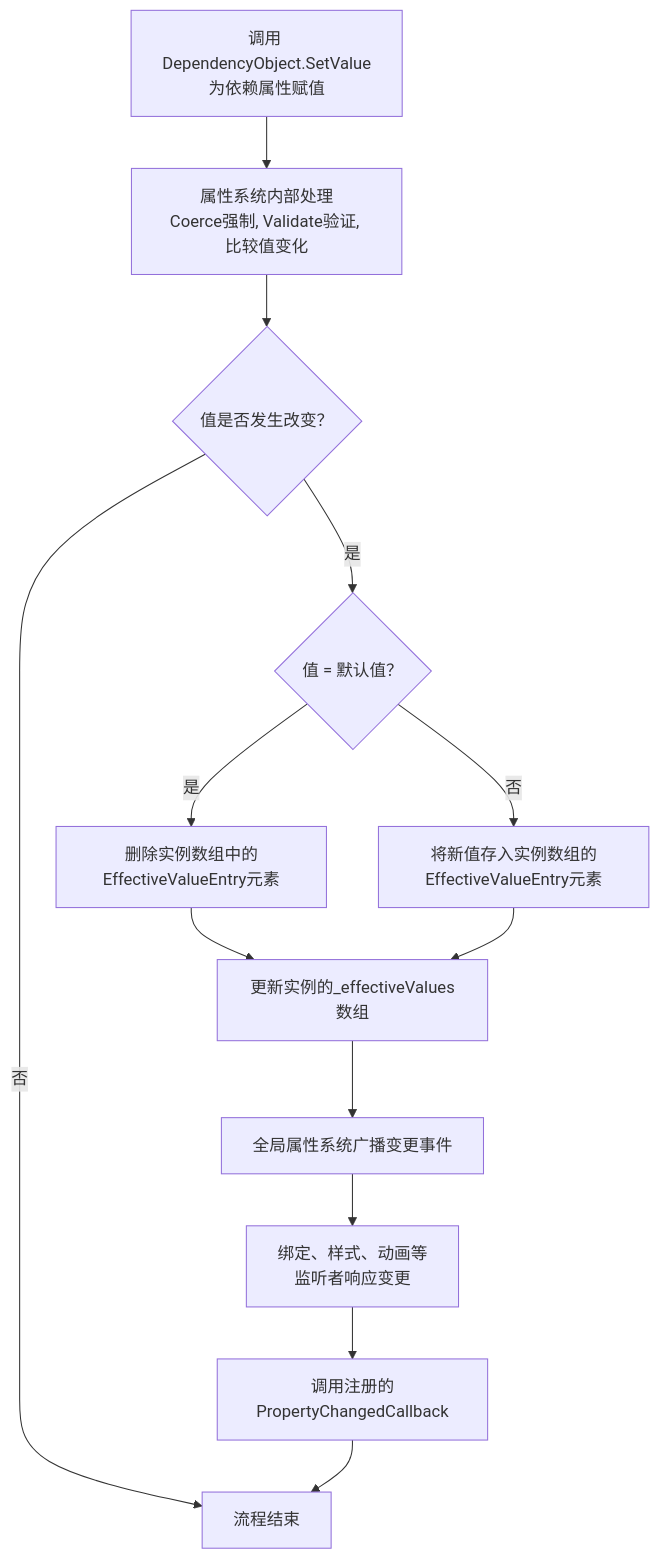
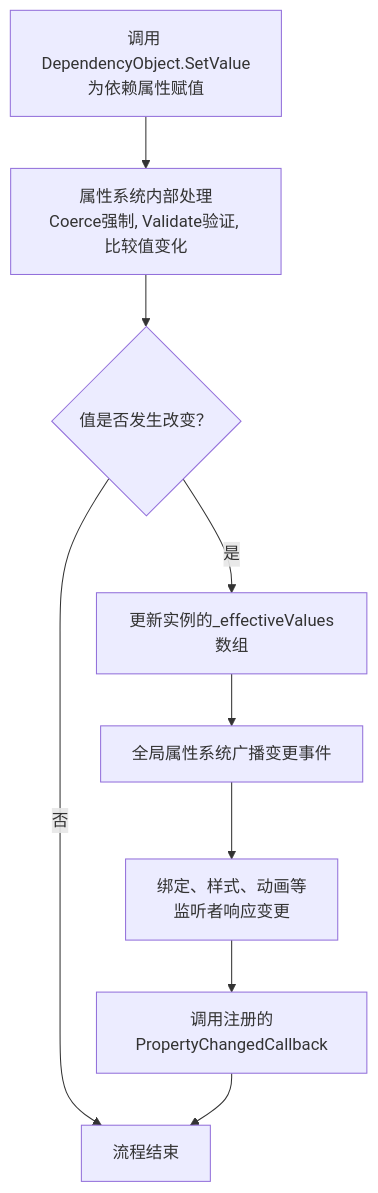
Before and after one commit to xiaoYoc/CSharp-Learning-Notes-In-a-Nutshell: the eighth of 16 diagrams in WPF.md, drawn with Mermaid. The commit also changed other lines of this file and 12 other files, not shown here.

````diff
--- a/WPF.md
+++ b/WPF.md
@@ -2388,15 +2553,11 @@
 ```mermaid
 flowchart TD
     A[调用 DependencyObject.SetValue<br>为依赖属性赋值] --> B[属性系统内部处理<br>Coerce强制, Validate验证, 比较值变化]
     B --> C{值是否发生改变？}
     C -->|否| Z[流程结束]
-    C -->|是| D{值 = 默认值？}
-    D -->|是| E[删除实例数组中的EffectiveValueEntry元素]
-    D -->|否| F[将新值存入实例数组的EffectiveValueEntry元素]
-    E --> G[更新实例的_effectiveValues数组]
-    F --> G
+    C -->|是| G[更新实例的_effectiveValues数组]
     G --> H[全局属性系统广播变更事件]
     H --> I[绑定、样式、动画等<br>监听者响应变更]
     I --> J[调用注册的PropertyChangedCallback]
     J --> Z
 ```
````
